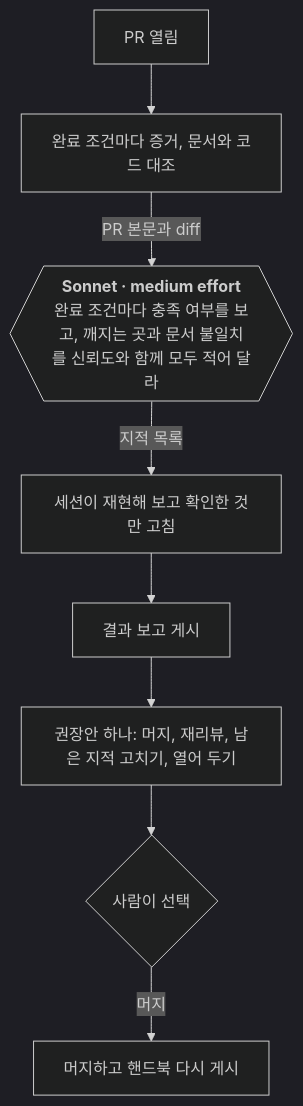
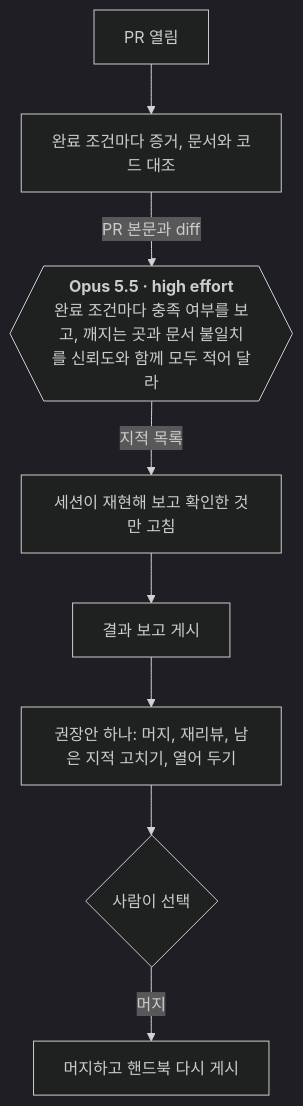
One commit to dincal/agent_logbook changed the fourth of 5 diagrams in docs/system/flows.md. Above: the diagram before and after it, drawn with Mermaid (dark theme). The commit also changed other lines of this file and 17 other files, not shown here.

````diff
--- a/docs/system/flows.md
+++ b/docs/system/flows.md
@@ -57,11 +93,11 @@
 ```mermaid
 flowchart TD
   PR["PR 열림"] --> EV["완료 조건마다 증거, 문서와 코드 대조"]
-  EV -->|"PR 본문과 diff"| RV{{"`**Sonnet · medium effort**
+  EV -->|"PR 본문과 diff"| RV{{"`**Opus 5.5 · high effort**
   완료 조건마다 충족 여부를 보고, 깨지는 곳과 문서 불일치를 신뢰도와 함께 모두 적어 달라`"}}
   RV -->|"지적 목록"| VF["세션이 재현해 보고 확인한 것만 고침"]
   VF --> DB["결과 보고 게시"]
   DB --> RC["권장안 하나: 머지, 재리뷰, 남은 지적 고치기, 열어 두기"]
   RC --> Q{"사람이 선택"}
   Q -->|"머지"| HB["머지하고 핸드북 다시 게시"]
 ```
````
